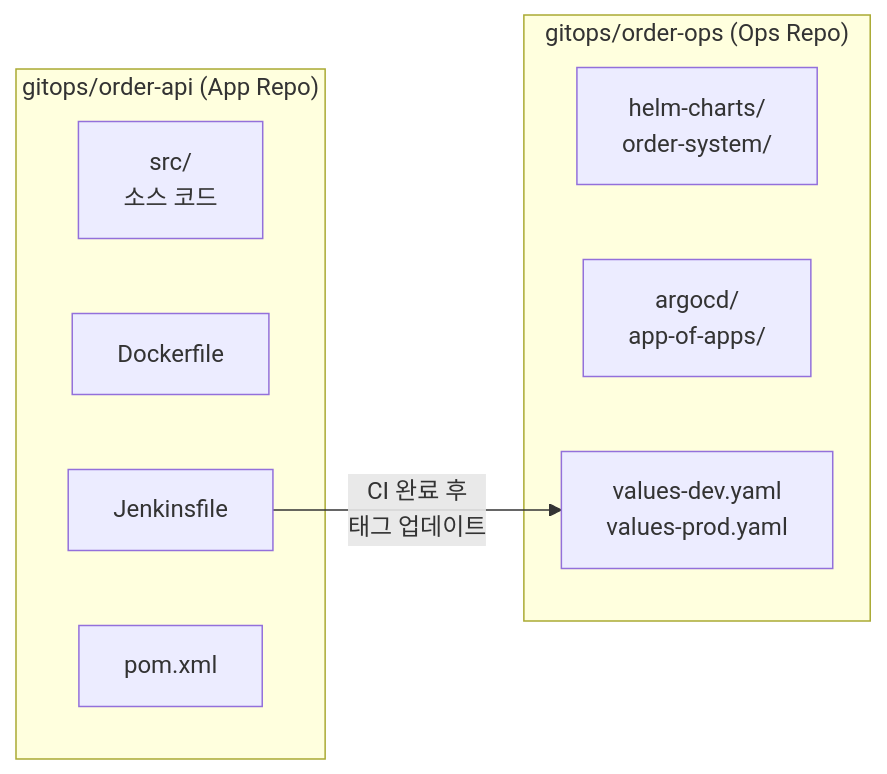
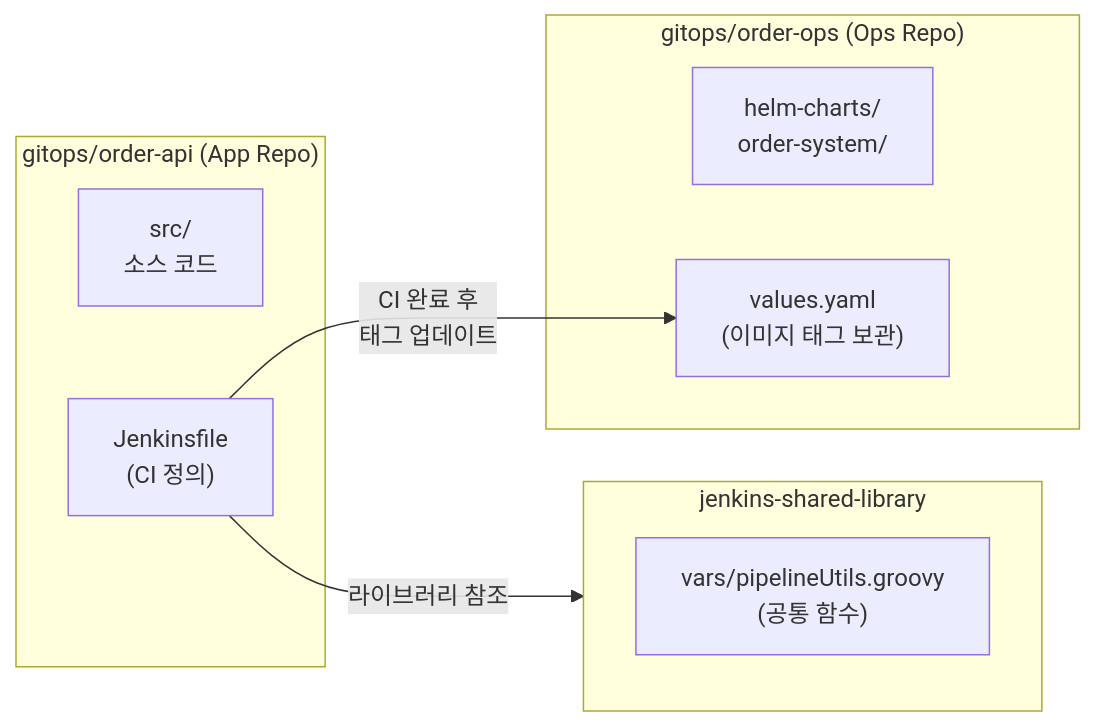
Before and after one commit to powerok/gitops-pipeline: the diagram in docs/03-gitea-setup.md, drawn with Mermaid. The commit also changed other lines of this file and 4 other files, not shown here.

````diff
--- a/docs/03-gitea-setup.md
+++ b/docs/03-gitea-setup.md
@@ -55,17 +40,19 @@
 ```mermaid
 graph LR
     subgraph AppRepo["gitops/order-api (App Repo)"]
         SRC["src/\n소스 코드"]
-        DF["Dockerfile"]
-        JF["Jenkinsfile"]
-        POM["pom.xml"]
+        JF["Jenkinsfile\n(CI 정의)"]
+    end
+
+    subgraph LibRepo["jenkins-shared-library"]
+        VARS["vars/pipelineUtils.groovy\n(공통 함수)"]
     end
 
     subgraph OpsRepo["gitops/order-ops (Ops Repo)"]
         HC["helm-charts/\norder-system/"]
-        ACD["argocd/\napp-of-apps/"]
-        VAL["values-dev.yaml\nvalues-prod.yaml"]
+        VAL["values.yaml\n(이미지 태그 보관)"]
     end
 
+    JF -->|"라이브러리 참조"| LibRepo
     JF -->|"CI 완료 후\n태그 업데이트"| VAL
 ```
````
